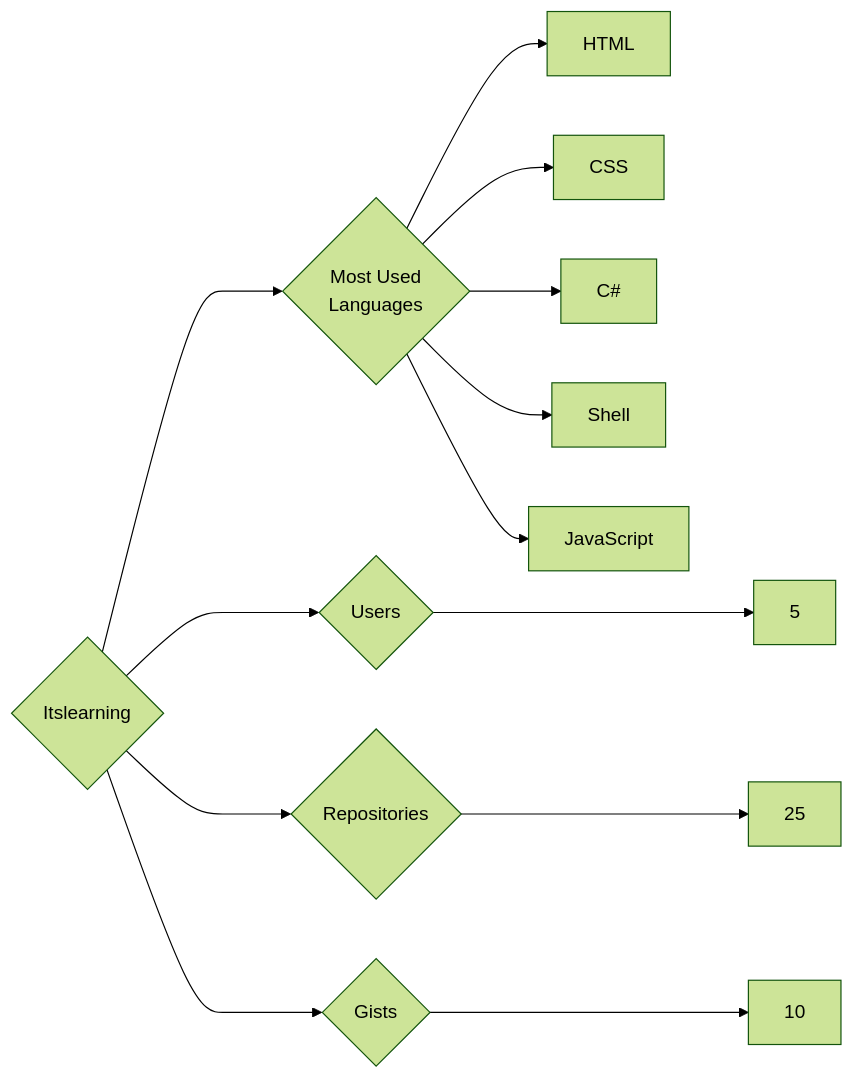
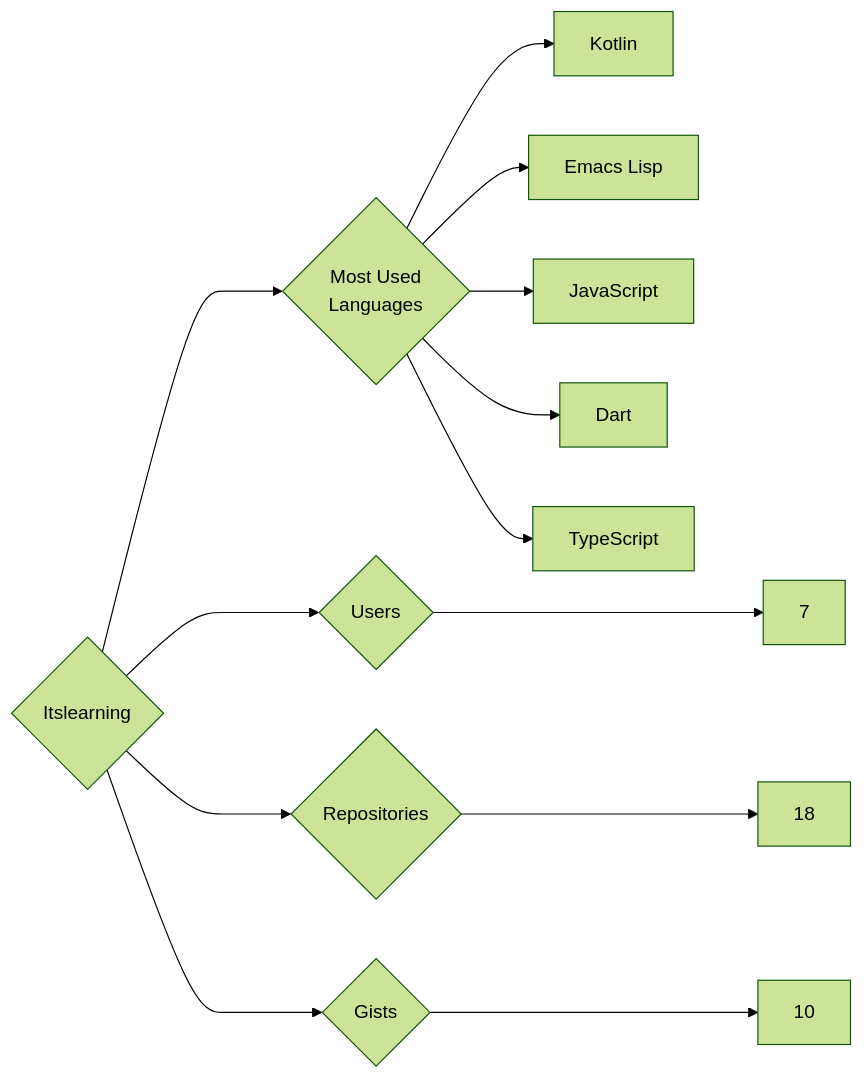
One commit to trickest/insiders changed the diagram in targets/Itslearning/README.md. Above: the diagram before and after it, drawn with Mermaid (forest theme). The commit also changed 688 other files, not shown here.

````diff
--- a/targets/Itslearning/README.md
+++ b/targets/Itslearning/README.md
@@ -3,13 +3,13 @@
 ```mermaid
 graph LR
 COMPANY_NAME{Itslearning}
-COMPANY_NAME ---> U{Users} ---> UN[5]
-COMPANY_NAME ---> R{Repositories} ---> RN[25]
+COMPANY_NAME ---> U{Users} ---> UN[7]
+COMPANY_NAME ---> R{Repositories} ---> RN[18]
 COMPANY_NAME ---> G{Gists} ---> GN[10]
 COMPANY_NAME ---> ML{Most Used<br>Languages}
-ML --> HTML[HTML]
-ML --> CSS[CSS]
-ML --> C#[C#]
-ML --> Shell[Shell]
+ML --> Kotlin[Kotlin]
+ML --> Emacs_Lisp[Emacs Lisp]
 ML --> JavaScript[JavaScript]
+ML --> Dart[Dart]
+ML --> TypeScript[TypeScript]
 ```
````
